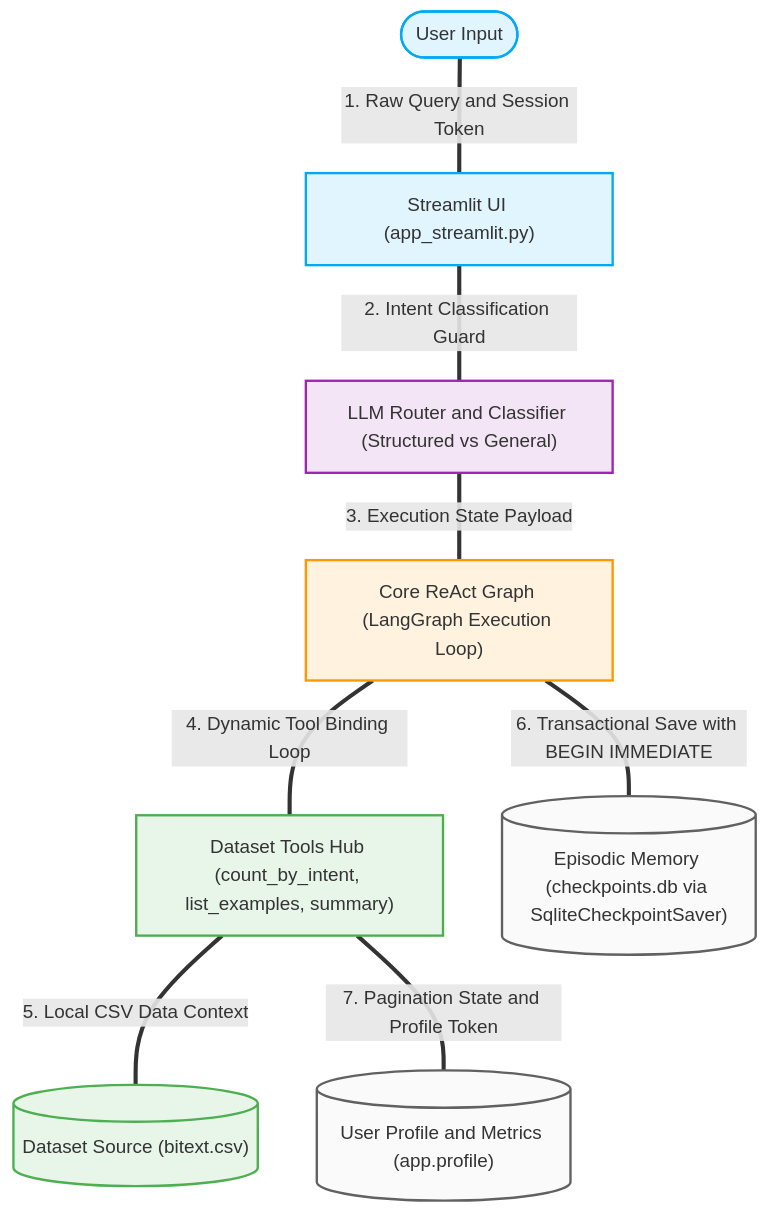
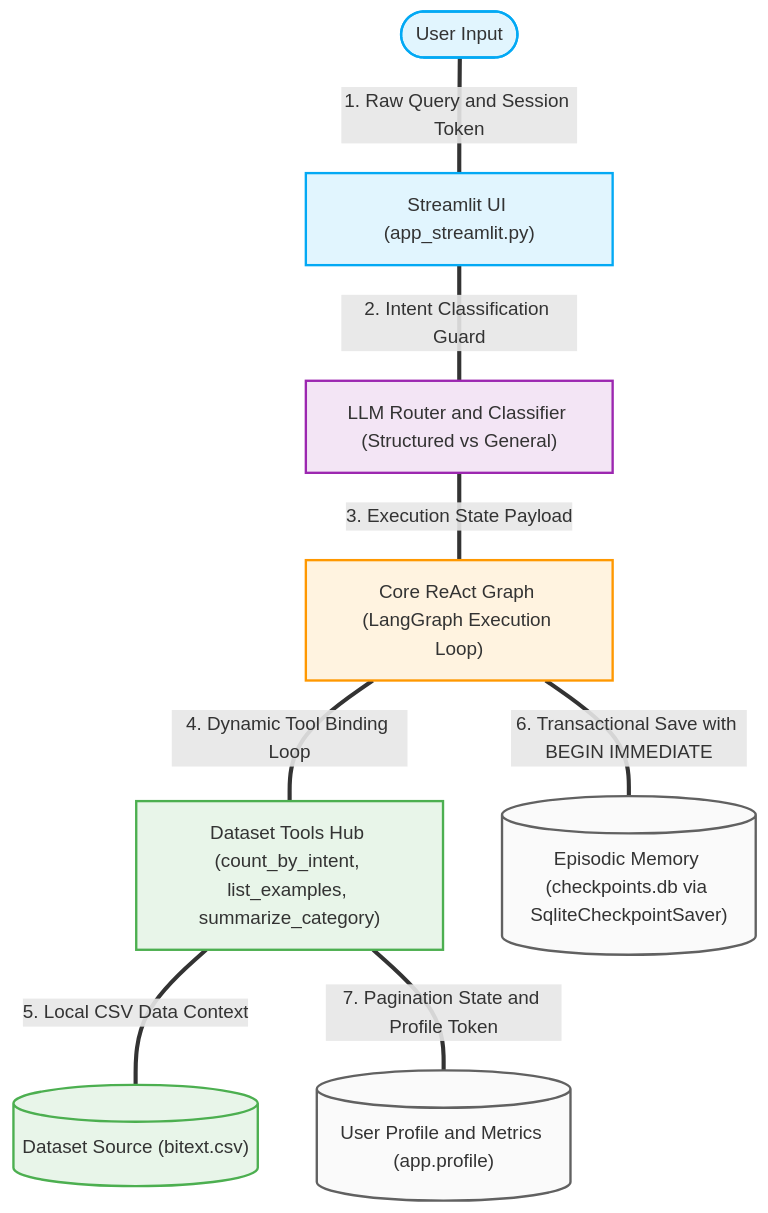
Before and after one commit to AnnaChudilin/nebius-agent-assignment3-anna-chudilin: the second of 2 diagrams in README.md, drawn with Mermaid.

````diff
--- a/README.md
+++ b/README.md
@@ -122,31 +122,31 @@
 ```mermaid
 graph TD
     %% Node Styling Definitions
     classDef ui fill:#e1f5fe,stroke:#03a9f4,stroke-width:2px;
     classDef routing fill:#f3e5f5,stroke:#9c27b0,stroke-width:2px;
     classDef core fill:#fff3e0,stroke:#ff9800,stroke-width:2px;
     classDef tools fill:#e8f5e9,stroke:#4caf50,stroke-width:2px;
     classDef memory fill:#fafafa,stroke:#616161,stroke-width:2px;
 
     %% ReAct Execution Pipeline
     UserInput([User Input]) ===|1. Raw Query and Session Token| StreamlitUI["Streamlit UI (app_streamlit.py)"]
     
     StreamlitUI ===|2. Intent Classification Guard| RouterNode["LLM Router and Classifier (Structured vs General)"]
     
     RouterNode ===|3. Execution State Payload| ReActGraph["Core ReAct Graph (LangGraph Execution Loop)"]
     
-    ReActGraph ===|4. Dynamic Tool Binding Loop| DatasetTools["Dataset Tools Hub (count_by_intent, list_examples, summary)"]
+    ReActGraph ===|4. Dynamic Tool Binding Loop| DatasetTools["Dataset Tools Hub (count_by_intent, list_examples, summarize_category)"]
     
     DatasetTools ===|5. Local CSV Data Context| CSVRegistry[("Dataset Source (bitext.csv)")]
     
     ReActGraph ===|6. Transactional Save with BEGIN IMMEDIATE| SqliteMemory[("Episodic Memory (checkpoints.db via SqliteCheckpointSaver)")]
     
     DatasetTools ===|7. Pagination State and Profile Token| UserProfile[("User Profile and Metrics (app.profile)")]
 
     %% Assigning styles to nodes
     class UserInput,StreamlitUI ui;
     class RouterNode routing;
     class ReActGraph core;
     class DatasetTools,CSVRegistry tools;
     class SqliteMemory,UserProfile memory;
 ```
````
